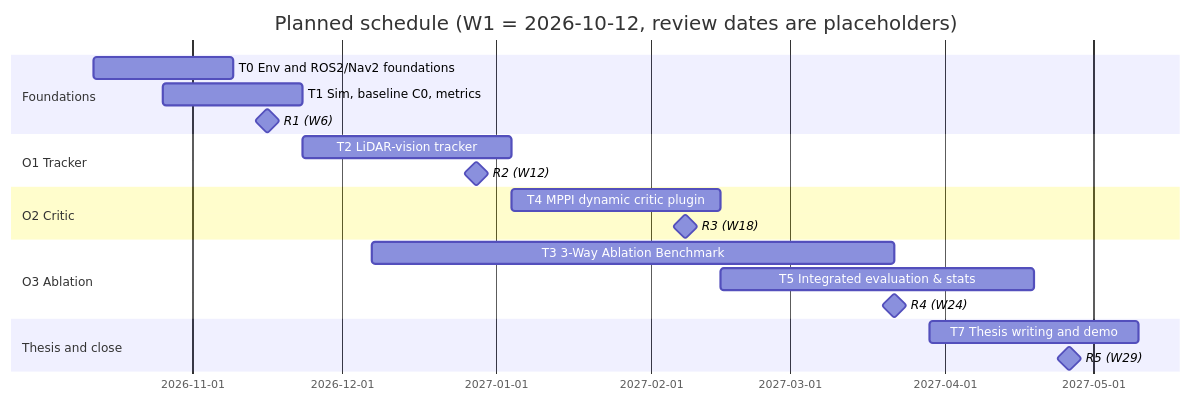
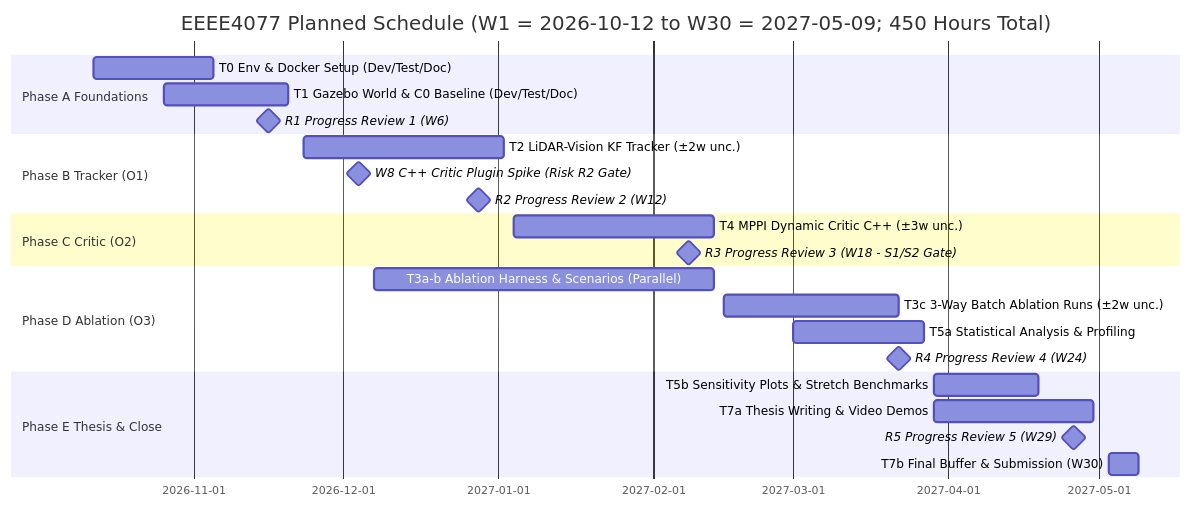
One commit to cupcakes04/y4_ee changed the third of 3 diagrams in modules/EEEE4077_mechatronics_proj/chapters/deliverables/project_proposal.md. Above: the diagram before and after it, drawn with Mermaid. The commit also changed other lines of this file and 2 other files, not shown here.

````diff
--- a/modules/EEEE4077_mechatronics_proj/chapters/deliverables/project_proposal.md
+++ b/modules/EEEE4077_mechatronics_proj/chapters/deliverables/project_proposal.md
@@ -208,22 +254,26 @@
 ```mermaid
 gantt
     dateFormat  YYYY-MM-DD
-    title Planned schedule (W1 = 2026-10-12, review dates are placeholders)
-    section Foundations
-    T0 Env and ROS2/Nav2 foundations   :t0, 2026-10-12, 28d
-    T1 Sim, baseline C0, metrics       :t1, 2026-10-26, 28d
-    R1 (W6)                            :milestone, r1, 2026-11-16, 0d
-    section O1 Tracker
-    T2 LiDAR-vision tracker            :t2, 2026-11-23, 42d
-    R2 (W12)                           :milestone, r2, 2026-12-28, 0d
-    section O2 Critic
-    T4 MPPI dynamic critic plugin      :t4, 2027-01-04, 42d
-    R3 (W18)                           :milestone, r3, 2027-02-08, 0d
-    section O3 Ablation
-    T3 3-Way Ablation Benchmark        :t3, 2026-12-07, 105d
-    T5 Integrated evaluation & stats   :t5, 2027-02-15, 63d
-    R4 (W24)                           :milestone, r4, 2027-03-22, 0d
-    section Thesis and close
-    T7 Thesis writing and demo         :t7, 2027-03-29, 42d
-    R5 (W29)                           :milestone, r5, 2027-04-26, 0d
+    title EEEE4077 Planned Schedule (W1 = 2026-10-12 to W30 = 2027-05-09; 450 Hours Total)
+    section Phase A Foundations
+    T0 Env & Docker Setup (Dev/Test/Doc)        :t0, 2026-10-12, 24d
+    T1 Gazebo World & C0 Baseline (Dev/Test/Doc):t1, 2026-10-26, 25d
+    R1 Progress Review 1 (W6)                   :milestone, r1, 2026-11-16, 0d
+    section Phase B Tracker (O1)
+    T2 LiDAR-Vision KF Tracker (±2w unc.)       :t2, 2026-11-23, 40d
+    W8 C++ Critic Plugin Spike (Risk R2 Gate)   :milestone, spk, 2026-12-04, 0d
+    R2 Progress Review 2 (W12)                  :milestone, r2, 2026-12-28, 0d
+    section Phase C Critic (O2)
+    T4 MPPI Dynamic Critic C++ (±3w unc.)       :t4, 2027-01-04, 40d
+    R3 Progress Review 3 (W18 - S1/S2 Gate)     :milestone, r3, 2027-02-08, 0d
+    section Phase D Ablation (O3)
+    T3a-b Ablation Harness & Scenarios (Parallel):t3ab, 2026-12-07, 68d
+    T3c 3-Way Batch Ablation Runs (±2w unc.)    :t3c, 2027-02-15, 35d
+    T5a Statistical Analysis & Profiling        :t5a, 2027-03-01, 26d
+    R4 Progress Review 4 (W24)                  :milestone, r4, 2027-03-22, 0d
+    section Phase E Thesis & Close
+    T5b Sensitivity Plots & Stretch Benchmarks  :t5b, 2027-03-29, 21d
+    T7a Thesis Writing & Video Demos            :t7a, 2027-03-29, 32d
+    R5 Progress Review 5 (W29)                  :milestone, r5, 2027-04-26, 0d
+    T7b Final Buffer & Submission (W30)         :t7b, 2027-05-03, 6d
 ```
````
